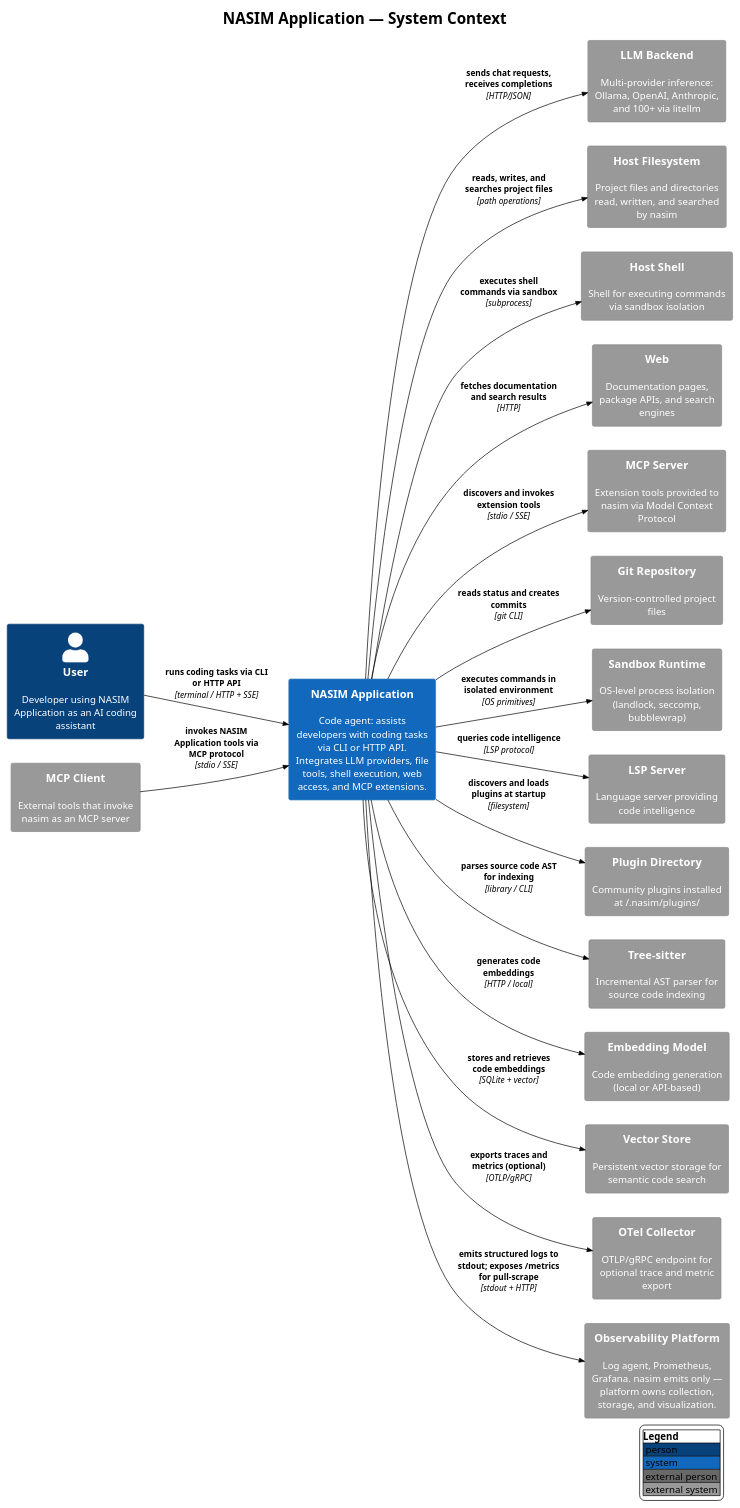
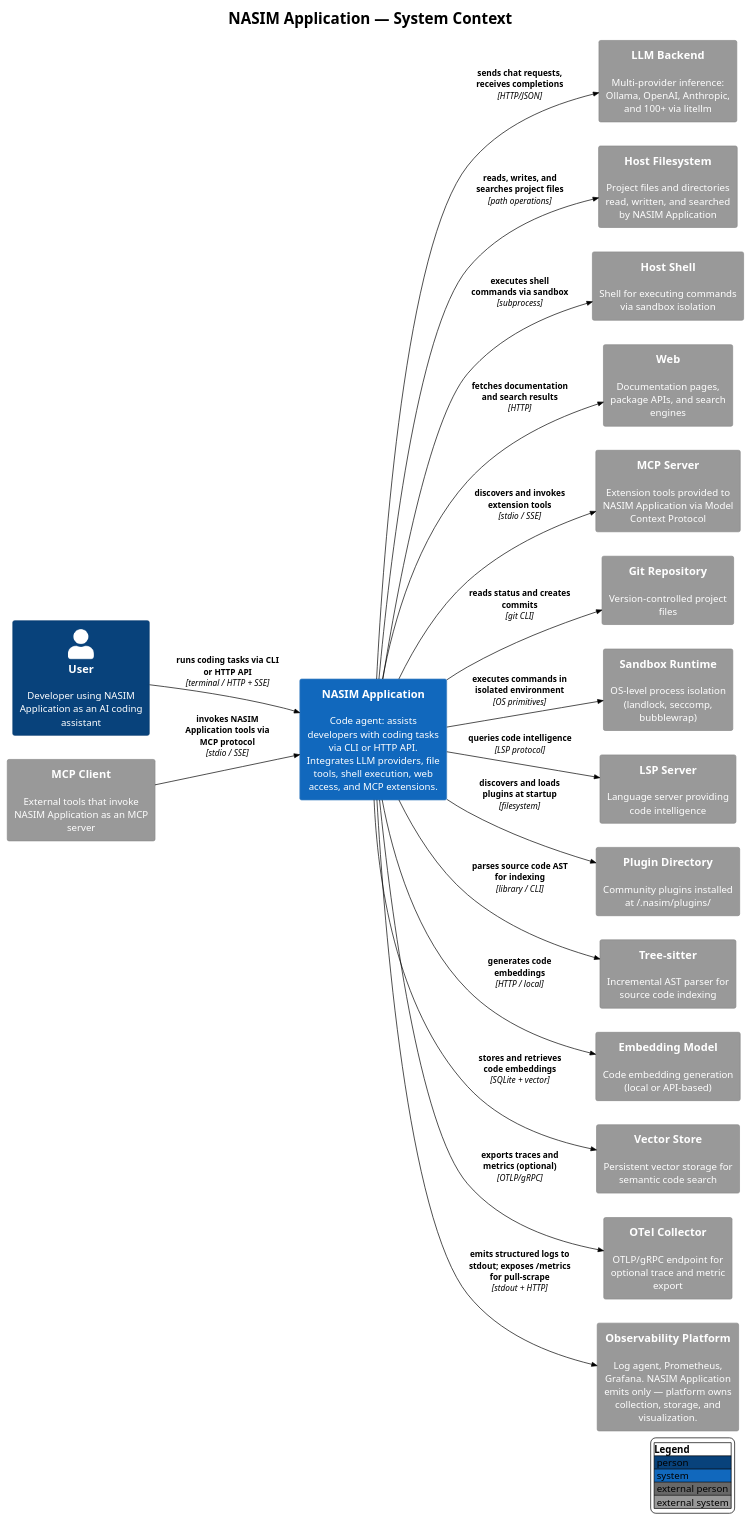
One commit to salimnamvar/nasim changed the diagram in docs/C4/c4_nasim_context.puml. Above: the diagram before and after it, drawn with PlantUML. The commit also changed 3 other files, not shown here.

Commit message:
docs: Enhance C4 diagrams and README with detailed modeling decisions and clarifications on container distinctions

```diff
--- a/docs/C4/c4_nasim_context.puml
+++ b/docs/C4/c4_nasim_context.puml
@@ -1,58 +1,58 @@
 @startuml c4_nasim_context
 !include https://raw.githubusercontent.com/plantuml-stdlib/C4-PlantUML/v2.10.0/C4_Context.puml
 !theme plain
 
 ' ============================================================
 ' Title:     NASIM Application — System Context
 ' Boundary:  NASIM Application
 ' Purpose:   Show NASIM Application as a code-agent system with one User actor
 '            and all external systems it depends on or is consumed by.
 ' Milestone: v1.0
 ' Version:   9.0.0
 ' Source:    docs/entities.md
 ' Review:    —
 ' ============================================================
 
 LAYOUT_LEFT_RIGHT()
 LAYOUT_WITH_LEGEND()
 
 title NASIM Application — System Context
 
 Person(user, "User", "Developer using NASIM Application as an AI coding assistant")
 
 System(nasim_application, "NASIM Application", "Code agent: assists developers with coding tasks via CLI or HTTP API. Integrates LLM providers, file tools, shell execution, web access, and MCP extensions.")
 
 System_Ext(llm_backend, "LLM Backend", "Multi-provider inference: Ollama, OpenAI, Anthropic, and 100+ via litellm")
-System_Ext(host_fs, "Host Filesystem", "Project files and directories read, written, and searched by nasim")
+System_Ext(host_fs, "Host Filesystem", "Project files and directories read, written, and searched by NASIM Application")
 System_Ext(host_shell, "Host Shell", "Shell for executing commands via sandbox isolation")
 System_Ext(web, "Web", "Documentation pages, package APIs, and search engines")
-System_Ext(mcp_server, "MCP Server", "Extension tools provided to nasim via Model Context Protocol")
-System_Ext(mcp_client, "MCP Client", "External tools that invoke nasim as an MCP server")
+System_Ext(mcp_server, "MCP Server", "Extension tools provided to NASIM Application via Model Context Protocol")
+System_Ext(mcp_client, "MCP Client", "External tools that invoke NASIM Application as an MCP server")
 System_Ext(git_repo, "Git Repository", "Version-controlled project files")
 System_Ext(sandbox, "Sandbox Runtime", "OS-level process isolation (landlock, seccomp, bubblewrap)")
 System_Ext(lsp_server, "LSP Server", "Language server providing code intelligence")
 System_Ext(plugin_dir, "Plugin Directory", "Community plugins installed at ~/.nasim/plugins/")
 System_Ext(tree_sitter, "Tree-sitter", "Incremental AST parser for source code indexing")
 System_Ext(embedding_model, "Embedding Model", "Code embedding generation (local or API-based)")
 System_Ext(vector_store, "Vector Store", "Persistent vector storage for semantic code search")
 System_Ext(otel_collector, "OTel Collector", "OTLP/gRPC endpoint for optional trace and metric export")
-System_Ext(obs_platform, "Observability Platform", "Log agent, Prometheus, Grafana. nasim emits only — platform owns collection, storage, and visualization.")
+System_Ext(obs_platform, "Observability Platform", "Log agent, Prometheus, Grafana. NASIM Application emits only — platform owns collection, storage, and visualization.")
 
 Rel(user, nasim_application, "runs coding tasks via CLI or HTTP API", "terminal / HTTP + SSE")
 Rel(nasim_application, llm_backend, "sends chat requests, receives completions", "HTTP/JSON")
 Rel(nasim_application, host_fs, "reads, writes, and searches project files", "path operations")
 Rel(nasim_application, host_shell, "executes shell commands via sandbox", "subprocess")
 Rel(nasim_application, web, "fetches documentation and search results", "HTTP")
 Rel(nasim_application, mcp_server, "discovers and invokes extension tools", "stdio / SSE")
 Rel(mcp_client, nasim_application, "invokes NASIM Application tools via MCP protocol", "stdio / SSE")
 Rel(nasim_application, git_repo, "reads status and creates commits", "git CLI")
 Rel(nasim_application, sandbox, "executes commands in isolated environment", "OS primitives")
 Rel(nasim_application, lsp_server, "queries code intelligence", "LSP protocol")
 Rel(nasim_application, plugin_dir, "discovers and loads plugins at startup", "filesystem")
 Rel(nasim_application, tree_sitter, "parses source code AST for indexing", "library / CLI")
 Rel(nasim_application, embedding_model, "generates code embeddings", "HTTP / local")
 Rel(nasim_application, vector_store, "stores and retrieves code embeddings", "SQLite + vector")
 Rel(nasim_application, obs_platform, "emits structured logs to stdout; exposes /metrics for pull-scrape", "stdout + HTTP")
 Rel(nasim_application, otel_collector, "exports traces and metrics (optional)", "OTLP/gRPC")
 
 @enduml
```
